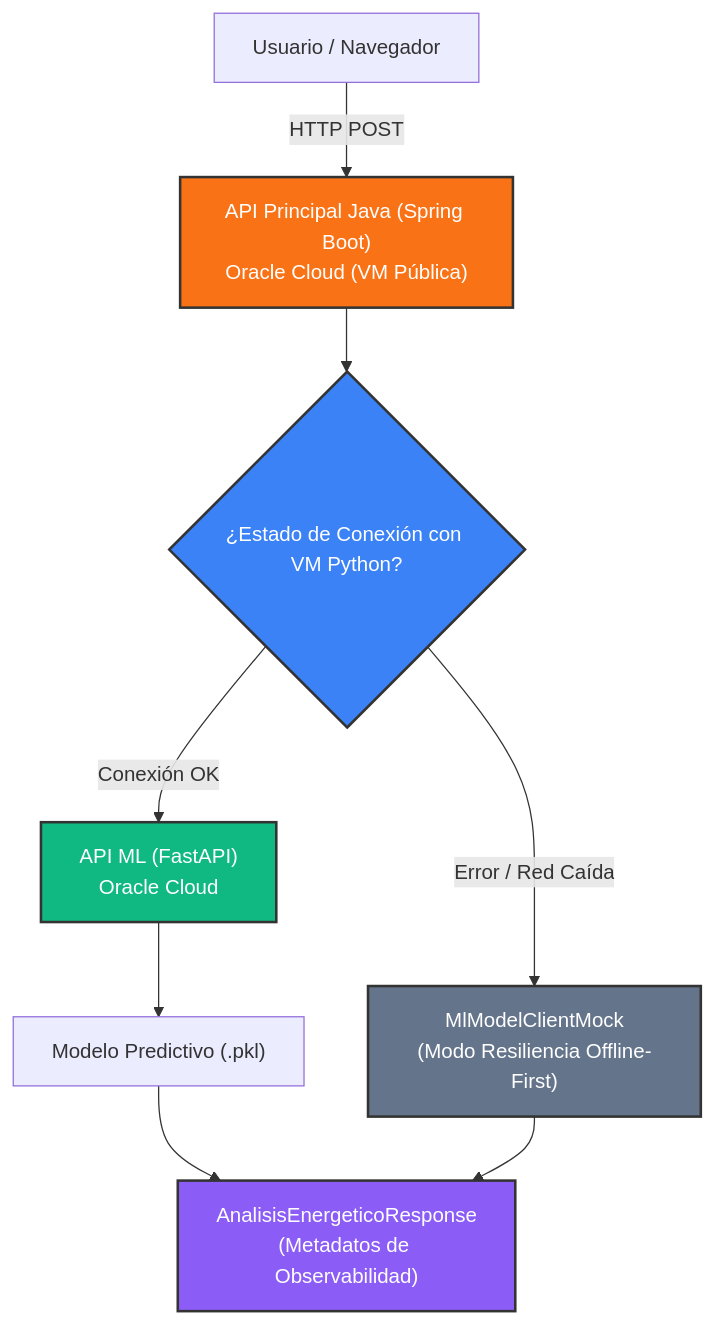
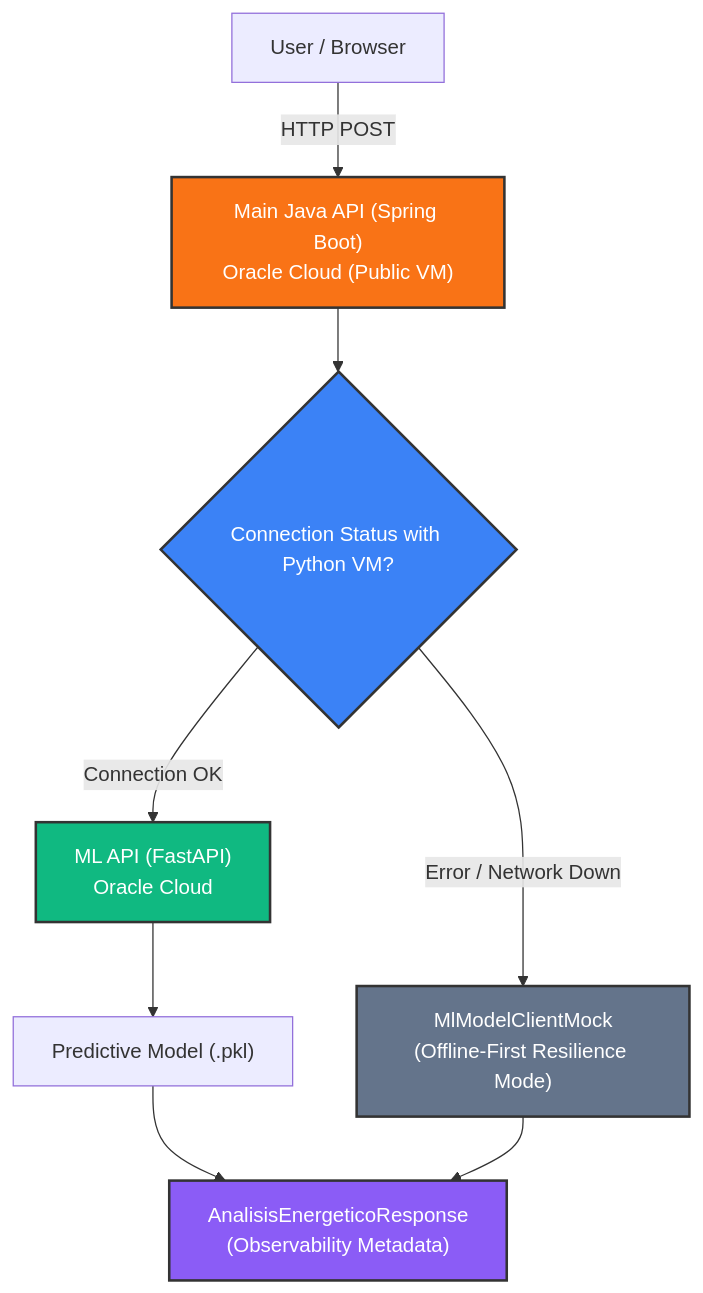
One commit to P4154N0/energiai changed the diagram in README.md. Above: the diagram before and after it, drawn with Mermaid. The commit also changed other lines of this file, not shown here.

````diff
--- a/README.md
+++ b/README.md
@@ -137,20 +139,20 @@
 ```mermaid
 graph TD
-    A["Usuario / Navegador"] -->|"HTTP POST"| B["API Principal Java (Spring Boot)<br/>Oracle Cloud (VM Pública)"]
+    A["User / Browser"] -->|"HTTP POST"| B["Main Java API (Spring Boot)<br/>Oracle Cloud (Public VM)"]
     
-    B --> C{"¿Estado de Conexión con VM Python?"}
+    B --> C{"Connection Status with Python VM?"}
     
-    C -->|"Conexión OK"| D["API ML (FastAPI)<br/>Oracle Cloud"]
-    C -->|"Error / Red Caída"| E["MlModelClientMock<br/>(Modo Resiliencia Offline-First)"]
+    C -->|"Connection OK"| D["ML API (FastAPI)<br/>Oracle Cloud"]
+    C -->|"Error / Network Down"| E["MlModelClientMock<br/>(Offline-First Resilience Mode)"]
     
-    D --> F["Modelo Predictivo (.pkl)"]
+    D --> F["Predictive Model (.pkl)"]
     
-    F --> G["AnalisisEnergeticoResponse<br/>(Metadatos de Observabilidad)"]
+    F --> G["AnalisisEnergeticoResponse<br/>(Observability Metadata)"]
     E --> G
 
     style B fill:#f97316,stroke:#333,stroke-width:2px,color:#fff
     style C fill:#3b82f6,stroke:#333,stroke-width:2px,color:#fff
     style D fill:#10b981,stroke:#333,stroke-width:2px,color:#fff
     style E fill:#64748b,stroke:#333,stroke-width:2px,color:#fff
     style G fill:#8b5cf6,stroke:#333,stroke-width:2px,color:#fff
 ```
````
